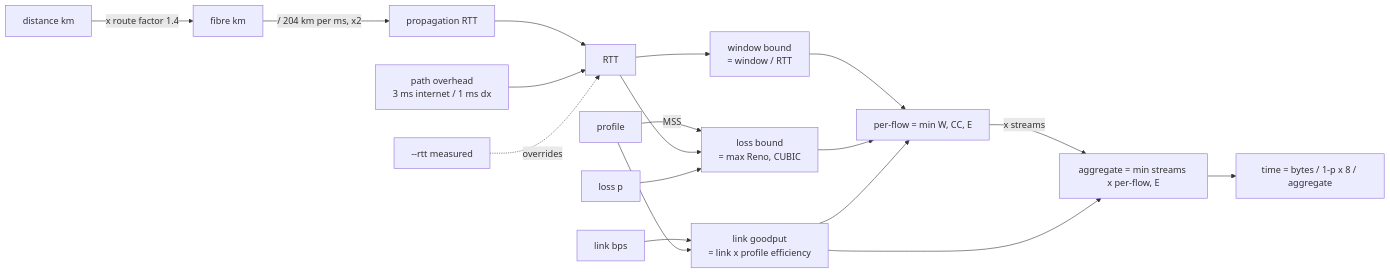
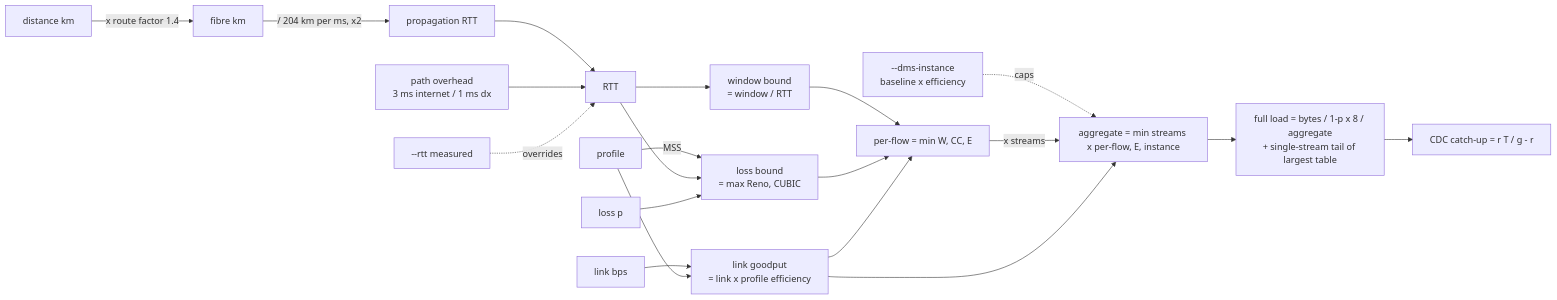
One commit to NetDevAutomate/network_transfer changed the diagram in README.md. Above: the diagram before and after it, drawn with Mermaid. The commit also changed other lines of this file and 11 other files, not shown here.

````diff
--- a/README.md
+++ b/README.md
@@ -91,23 +170,25 @@
 ```mermaid
 flowchart LR
     D[distance km] -->|x route factor 1.4| F[fibre km]
     F -->|/ 204 km per ms, x2| P[propagation RTT]
     P --> R[RTT]
     O[path overhead<br/>3 ms internet / 1 ms dx] --> R
     M[--rtt measured] -.overrides.-> R
 
     L[link bps] --> E[link goodput<br/>= link x profile efficiency]
     PR[profile] --> E
     PR -->|MSS| CC
+    DI[--dms-instance<br/>baseline x efficiency] -.caps.-> AG
 
     R --> W[window bound<br/>= window / RTT]
     R --> CC[loss bound<br/>= max Reno, CUBIC]
     LS[loss p] --> CC
 
     W --> PF[per-flow = min W, CC, E]
     CC --> PF
     E --> PF
-    PF -->|x streams| AG[aggregate = min streams x per-flow, E]
+    PF -->|x streams| AG[aggregate = min streams x per-flow, E, instance]
     E --> AG
-    AG --> T[time = bytes / 1-p x 8 / aggregate]
+    AG --> T[full load = bytes / 1-p x 8 / aggregate<br/>+ single-stream tail of largest table]
+    T --> CDC[CDC catch-up = r T / g - r]
 ```
````
